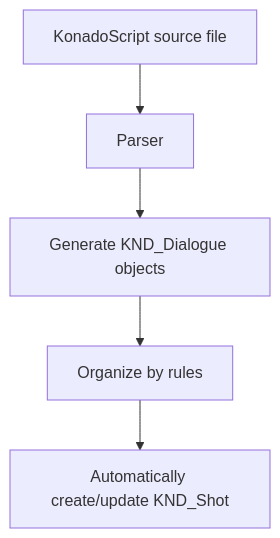
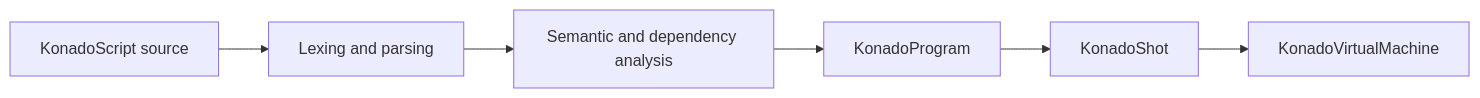
One commit to DSOE1024/konado changed the diagram in docs/en/latest/tutorial/core/shot-and-dialogue.md. Above: the diagram before and after it, drawn with Mermaid. The commit also changed other lines of this file and 110 other files, not shown here.

````diff
--- a/docs/en/latest/tutorial/core/shot-and-dialogue.md
+++ b/docs/en/latest/tutorial/core/shot-and-dialogue.md
@@ -32,8 +24,8 @@
 ```mermaid
-graph TD
-    A["KonadoScript source file"] --> B["Parser"]
-    B --> C["Generate KND_Dialogue objects"]
-    C --> D["Organize by rules"]
-    D --> E["Automatically create/update KND_Shot"]
-
+graph LR
+    A["KonadoScript source"] --> B["Lexing and parsing"]
+    B --> C["Semantic and dependency analysis"]
+    C --> D["KonadoProgram"]
+    D --> E["KonadoShot"]
+    E --> F["KonadoVirtualMachine"]
 ```
````
